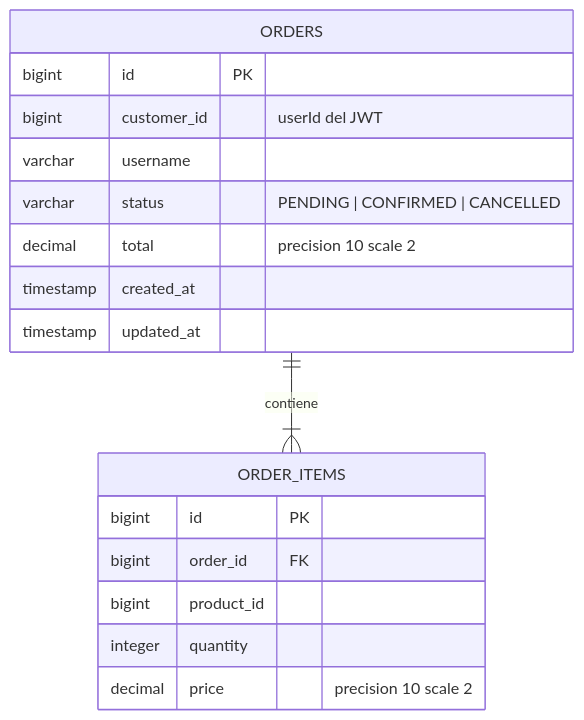
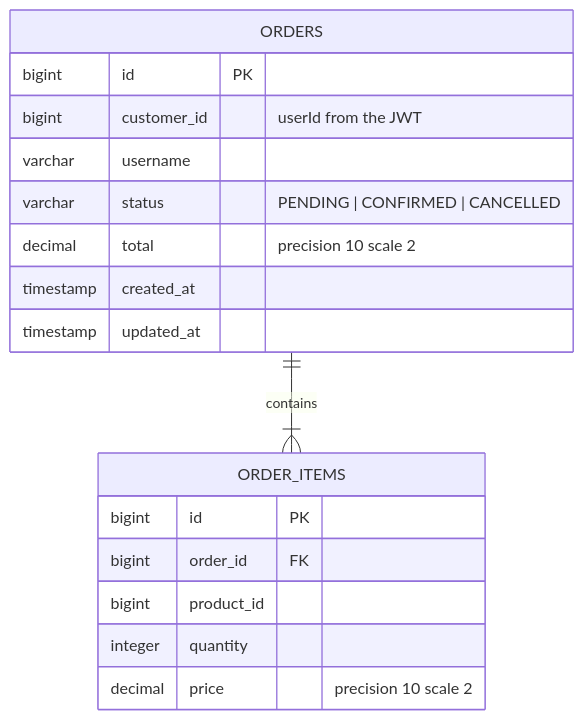
Before and after one commit to carlosgarcia-tech/order-flow: the ninth of 31 diagrams in README.md, drawn with Mermaid. The commit also changed other lines of this file, not shown here.

````diff
--- a/README.md
+++ b/README.md
@@ -399,20 +399,20 @@
 ```mermaid
 erDiagram
-    ORDERS ||--|{ ORDER_ITEMS : "contiene"
+    ORDERS ||--|{ ORDER_ITEMS : "contains"
     ORDERS {
         bigint id PK
-        bigint customer_id "userId del JWT"
+        bigint customer_id "userId from the JWT"
         varchar username
         varchar status "PENDING | CONFIRMED | CANCELLED"
         decimal total "precision 10 scale 2"
         timestamp created_at
         timestamp updated_at
     }
     ORDER_ITEMS {
         bigint id PK
         bigint order_id FK
         bigint product_id
         integer quantity
         decimal price "precision 10 scale 2"
     }
 ```
````
